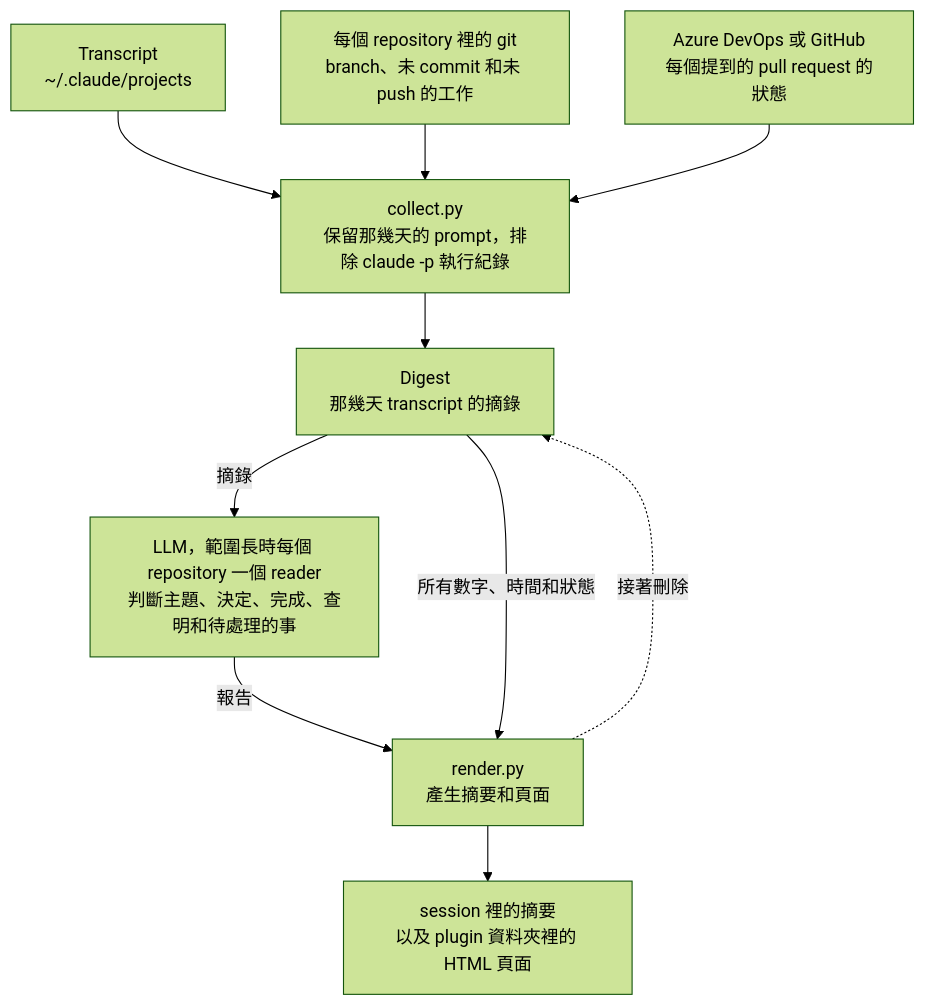
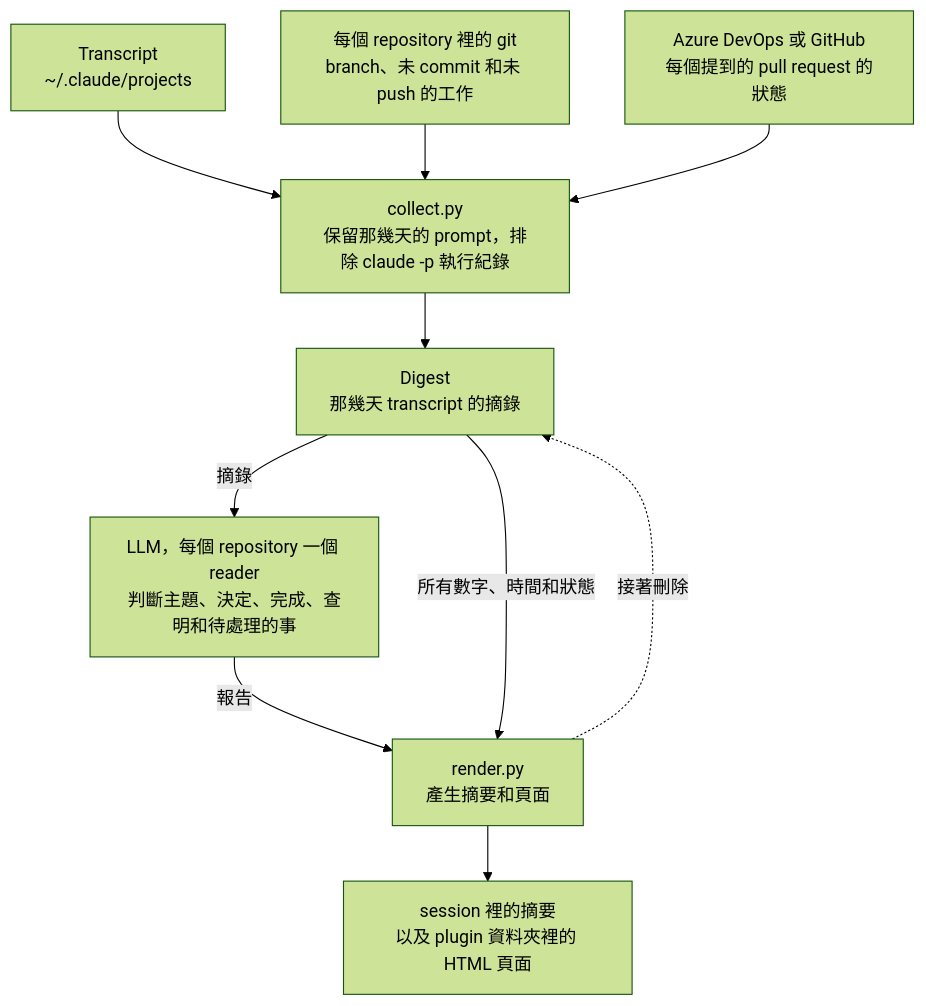
The diagram in plugins/remind-me/README.zh-TW.md (softwareone-platform/tundra), drawn with Mermaid (forest theme) before and after one commit. The commit also changed other lines of this file and 4 other files, not shown here.

````diff
--- a/plugins/remind-me/README.zh-TW.md
+++ b/plugins/remind-me/README.zh-TW.md
@@ -41,12 +41,12 @@
 ```mermaid
 flowchart TB
     transcripts["Transcript<br>~/.claude/projects"] --> collect
     git["每個 repository 裡的 git<br>branch、未 commit 和未 push 的工作"] --> collect
     remote["Azure DevOps 或 GitHub<br>每個提到的 pull request 的狀態"] --> collect
     collect["collect.py<br>保留那幾天的 prompt，排除 claude -p 執行紀錄"] --> digest["Digest<br>那幾天 transcript 的摘錄"]
-    digest -- 摘錄 --> model["LLM，範圍長時每個 repository 一個 reader<br>判斷主題、決定、完成、查明和待處理的事"]
+    digest -- 摘錄 --> model["LLM，每個 repository 一個 reader<br>判斷主題、決定、完成、查明和待處理的事"]
     model -- 報告 --> render["render.py<br>產生摘要和頁面"]
     digest -- 所有數字、時間和狀態 --> render
     render --> page["session 裡的摘要<br>以及 plugin 資料夾裡的 HTML 頁面"]
     render -. 接著刪除 .-> digest
 ```
````
